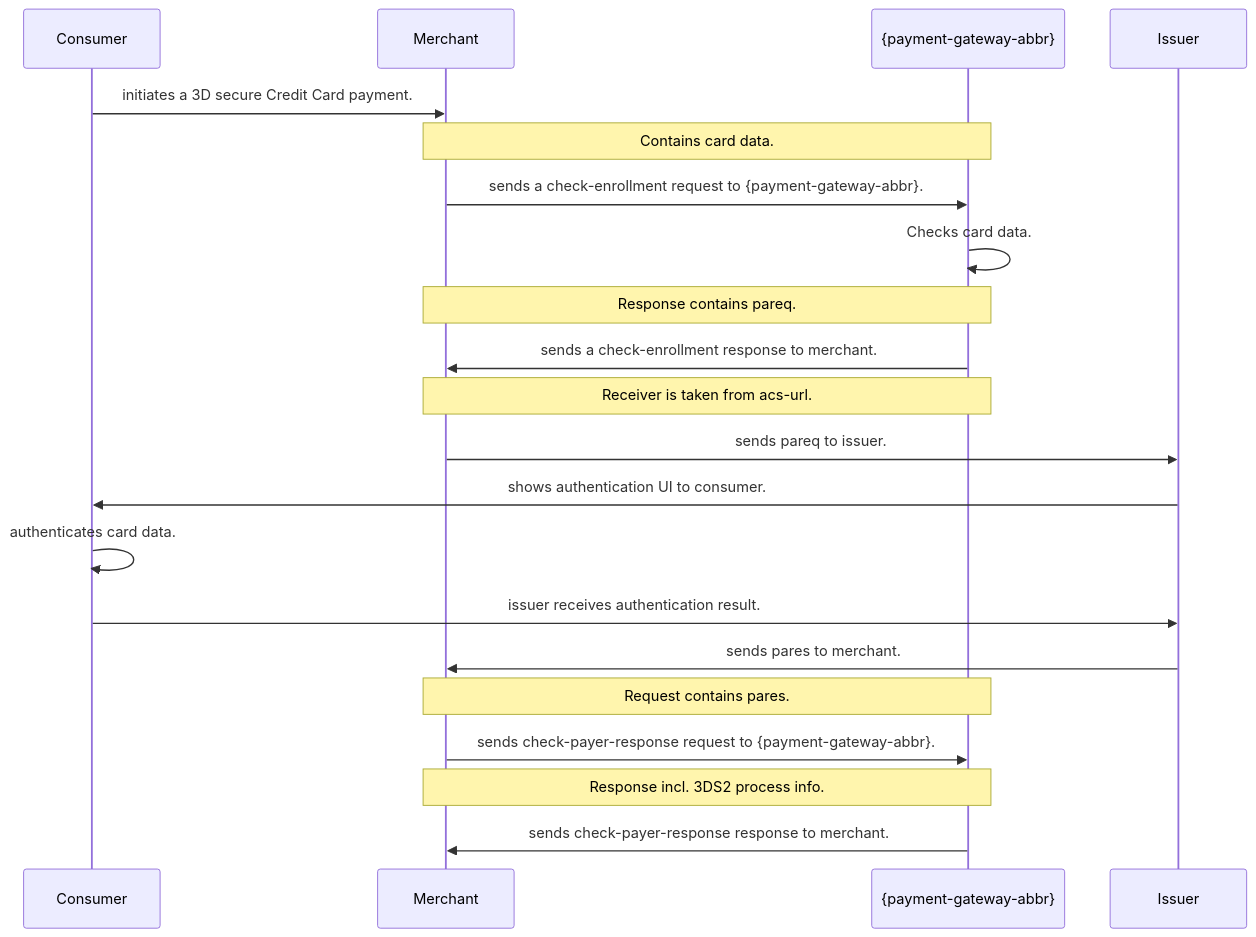
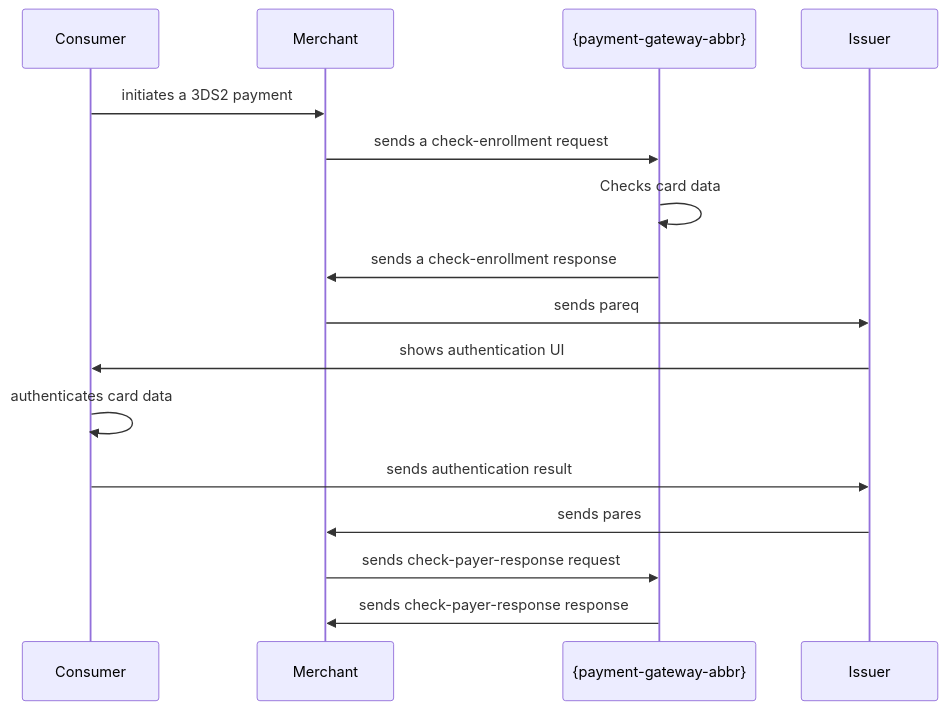
Before and after one commit to wirecard/merchant-documentation-gateway: the diagram in 11-01-08-testcards.adoc, drawn with Mermaid. The commit also changed other lines of this file, not shown here.

Commit message:
Modify 3ds2 mermaid graphic

```diff
--- a/11-01-08-testcards.adoc
+++ b/11-01-08-testcards.adoc
@@ -242,24 +242,19 @@
 [mermaid, 3DS2_TestCards_Workflow,svg,subs=attributes+]
 ----
 sequenceDiagram
     participant Consumer
     participant Merchant
     participant {payment-gateway-abbr}
     participant Issuer
-Consumer->>Merchant: initiates a 3D secure Credit Card payment.
-Note over Merchant,{payment-gateway-abbr}: Contains card data.
-Merchant->>{payment-gateway-abbr}: sends a check-enrollment request to {payment-gateway-abbr}.
-{payment-gateway-abbr}->>{payment-gateway-abbr}: Checks card data.
-Note over Merchant,{payment-gateway-abbr}: Response contains pareq.
-{payment-gateway-abbr}->>Merchant: sends a check-enrollment response to merchant.
-Note over Merchant,{payment-gateway-abbr}: Receiver is taken from acs-url.
-Merchant->>Issuer: sends pareq to issuer.
-Issuer->>Consumer: shows authentication UI to consumer.
-Consumer->>Consumer: authenticates card data.
-Consumer->>Issuer: issuer receives authentication result.
-Issuer->>Merchant: sends pares to merchant.
-Note over Merchant,{payment-gateway-abbr}: Request contains pares.
-Merchant->>{payment-gateway-abbr}: sends check-payer-response request to {payment-gateway-abbr}.
-Note over Merchant,{payment-gateway-abbr}: Response incl. 3DS2 process info.
-{payment-gateway-abbr}->>Merchant: sends check-payer-response response to merchant.
+Consumer->>Merchant: initiates a 3DS2 payment
+Merchant->>{payment-gateway-abbr}: sends a check-enrollment request
+{payment-gateway-abbr}->>{payment-gateway-abbr}: Checks card data
+{payment-gateway-abbr}->>Merchant: sends a check-enrollment response
+Merchant->>Issuer: sends pareq
+Issuer->>Consumer: shows authentication UI
+Consumer->>Consumer: authenticates card data
+Consumer->>Issuer: sends authentication result
+Issuer->>Merchant: sends pares
+Merchant->>{payment-gateway-abbr}: sends check-payer-response request
+{payment-gateway-abbr}->>Merchant: sends check-payer-response response
 ----
```
